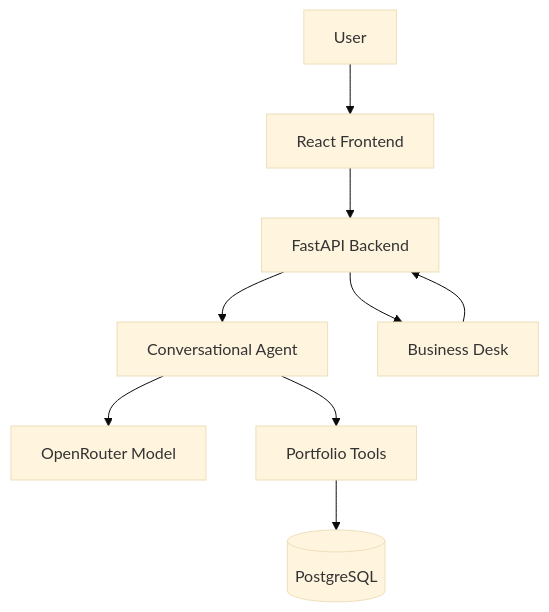
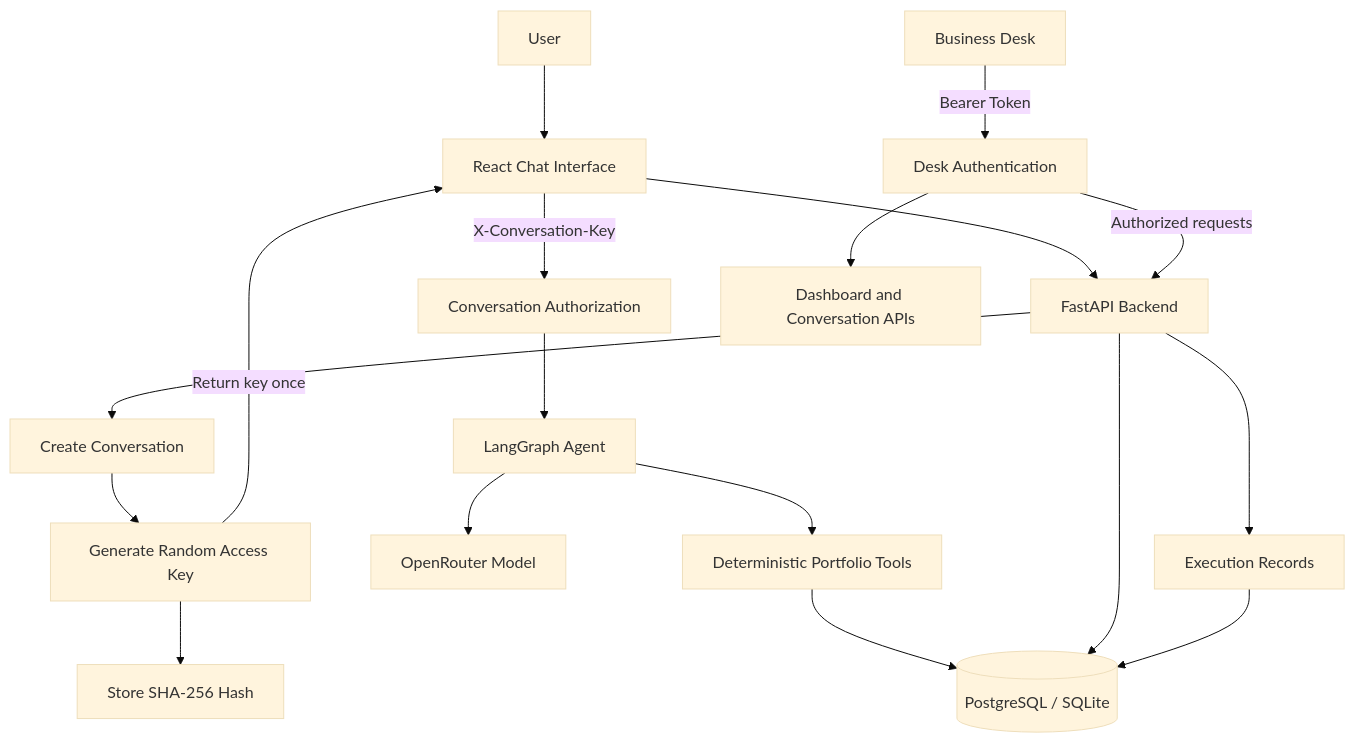
One commit to Bhaveshcpp/Portfly changed the diagram in README.md. Above: the diagram before and after it, drawn with Mermaid (base theme). The commit also changed other lines of this file and 4 other files, not shown here.

````diff
--- a/README.md
+++ b/README.md
@@ -37,11 +51,25 @@
 ```mermaid
 flowchart TD
-    A[User] --> B[React Frontend]
-    B --> C[FastAPI Backend]
-    C --> D[Conversational Agent]
-    D --> E[OpenRouter Model]
-    D --> F[Portfolio Tools]
-    F --> G[(PostgreSQL)]
-    C --> H[Business Desk]
-    H --> C
+    USER[User] --> CHAT[React Chat Interface]
+    CHAT --> API[FastAPI Backend]
+
+    API --> CREATE[Create Conversation]
+    CREATE --> KEY[Generate Random Access Key]
+    KEY --> HASH[Store SHA-256 Hash]
+    KEY -->|Return key once| CHAT
+
+    CHAT -->|X-Conversation-Key| AUTHC[Conversation Authorization]
+    AUTHC --> AGENT[LangGraph Agent]
+
+    DESK[Business Desk] -->|Bearer Token| AUTHD[Desk Authentication]
+    AUTHD -->|Authorized requests| API
+
+    AGENT --> LLM[OpenRouter Model]
+    AGENT --> TOOLS[Deterministic Portfolio Tools]
+    TOOLS --> DB[(PostgreSQL / SQLite)]
+
+    API --> DB
+    API --> OBS[Execution Records]
+    OBS --> DB
+    AUTHD --> DASH[Dashboard and Conversation APIs]
 ```
````
